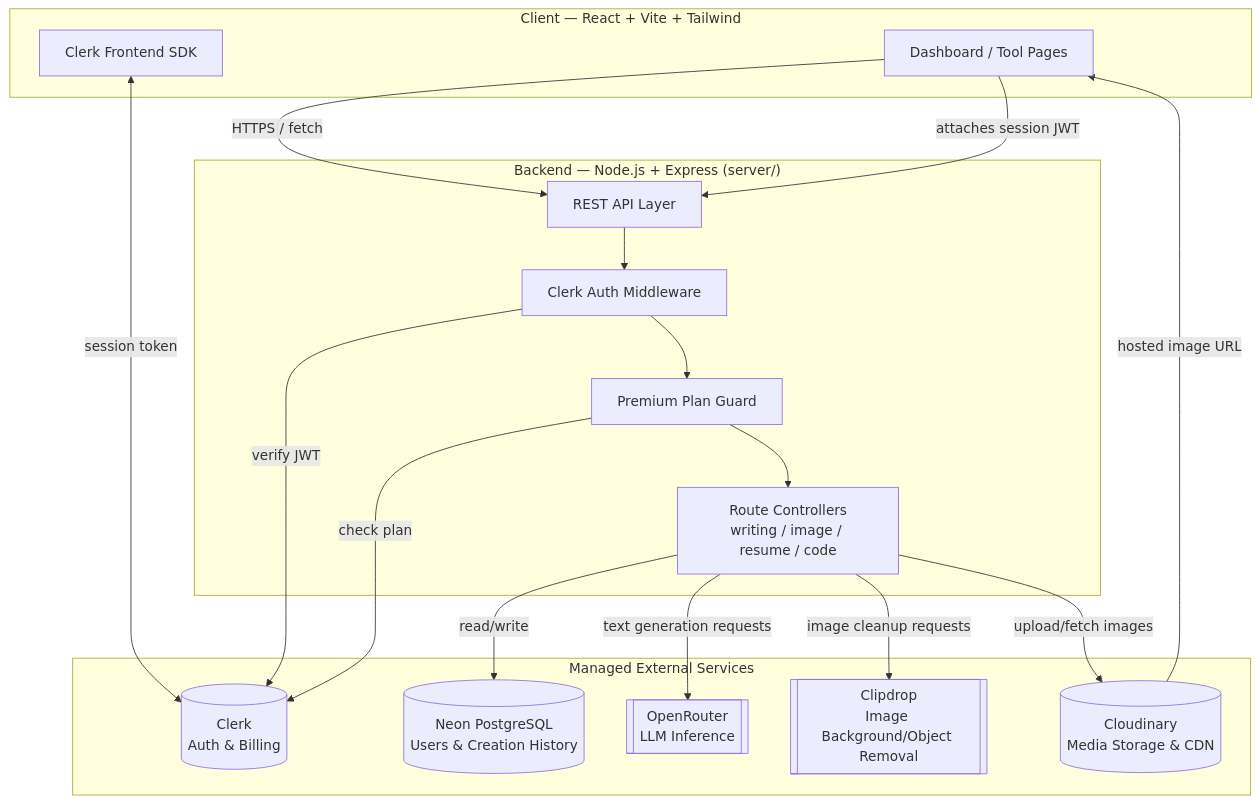
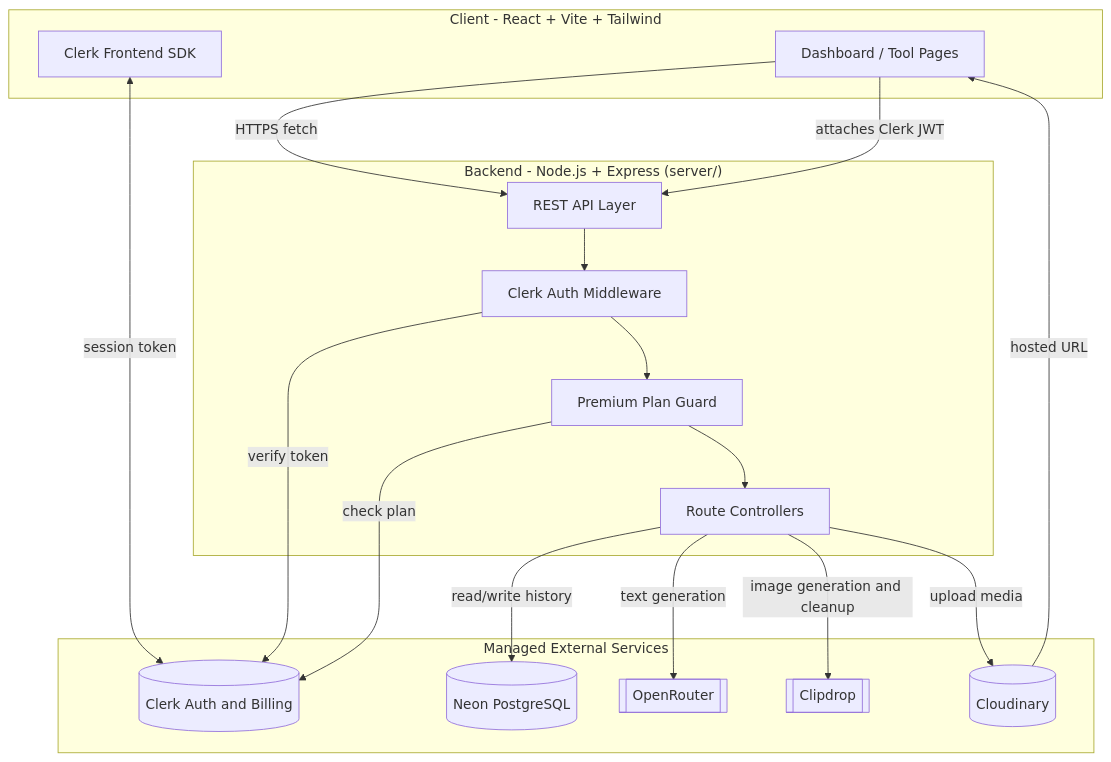
Before and after one commit to tanmayanand840/ai-saas-platform: the diagram in README.md, drawn with Mermaid. The commit also changed other lines of this file, not shown here.

````diff
--- a/README.md
+++ b/README.md
@@ -78,37 +81,37 @@
 ```mermaid
 flowchart TB
-    subgraph Client["Client — React + Vite + Tailwind"]
+    subgraph Client["Client - React + Vite + Tailwind"]
         UI[Dashboard / Tool Pages]
         ClerkFE[Clerk Frontend SDK]
     end
 
-    subgraph Server["Backend — Node.js + Express (server/)"]
+    subgraph Server["Backend - Node.js + Express (server/)"]
         API[REST API Layer]
         AuthMW[Clerk Auth Middleware]
         PremiumMW[Premium Plan Guard]
-        Ctrl[Route Controllers<br/>writing / image / resume / code]
+        Ctrl[Route Controllers]
     end
 
     subgraph External["Managed External Services"]
-        ClerkBE[(Clerk<br/>Auth & Billing)]
-        Neon[(Neon PostgreSQL<br/>Users & Creation History)]
-        OpenRouter[[OpenRouter<br/>LLM Inference]]
-        Clipdrop[[Clipdrop<br/>Image Background/Object Removal]]
-        Cloudinary[(Cloudinary<br/>Media Storage & CDN)]
+        ClerkBE[(Clerk Auth and Billing)]
+        Neon[(Neon PostgreSQL)]
+        OpenRouter[[OpenRouter]]
+        Clipdrop[[Clipdrop]]
+        Cloudinary[(Cloudinary)]
     end
 
-    UI -->|HTTPS / fetch| API
+    UI -->|HTTPS fetch| API
     ClerkFE <-->|session token| ClerkBE
-    UI -->|attaches session JWT| API
+    UI -->|attaches Clerk JWT| API
 
     API --> AuthMW --> PremiumMW --> Ctrl
-    AuthMW -->|verify JWT| ClerkBE
+    AuthMW -->|verify token| ClerkBE
     PremiumMW -->|check plan| ClerkBE
 
-    Ctrl -->|read/write| Neon
-    Ctrl -->|text generation requests| OpenRouter
-    Ctrl -->|image cleanup requests| Clipdrop
-    Ctrl -->|upload/fetch images| Cloudinary
+    Ctrl -->|read/write history| Neon
+    Ctrl -->|text generation| OpenRouter
+    Ctrl -->|image generation and cleanup| Clipdrop
+    Ctrl -->|upload media| Cloudinary
 
-    Cloudinary -->|hosted image URL| UI
+    Cloudinary -->|hosted URL| UI
 ```
````
